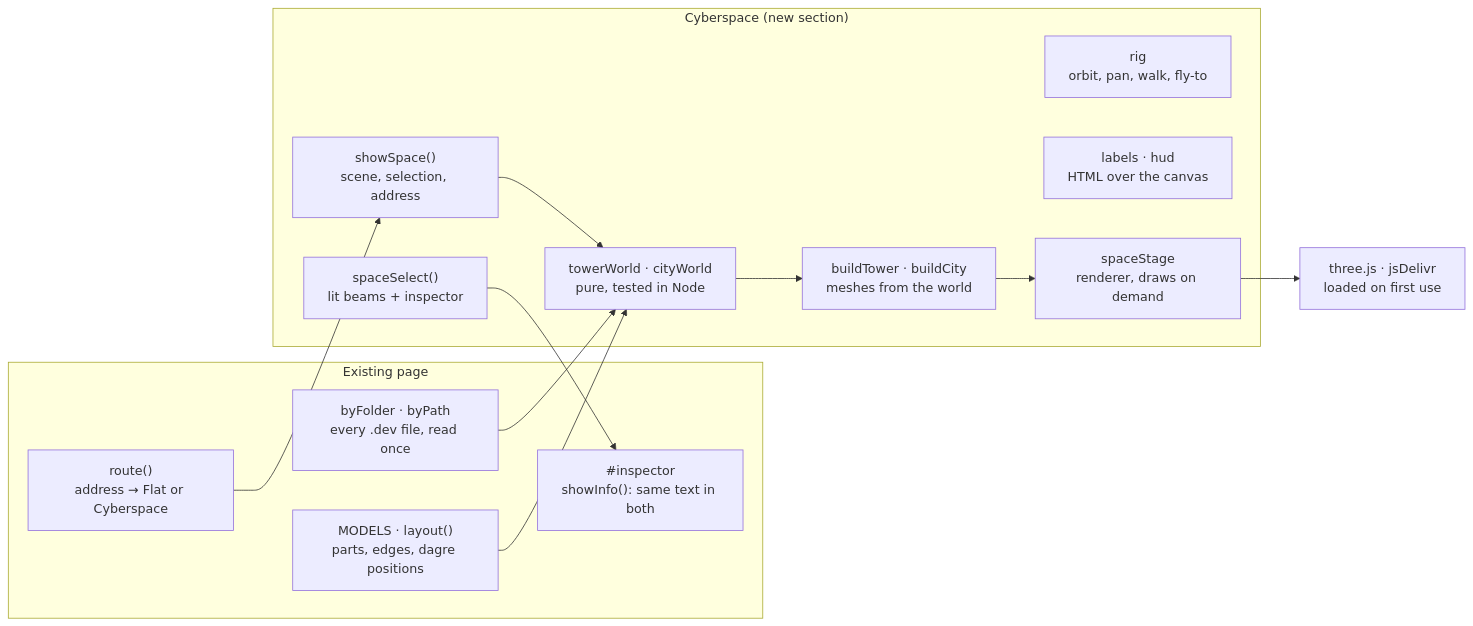
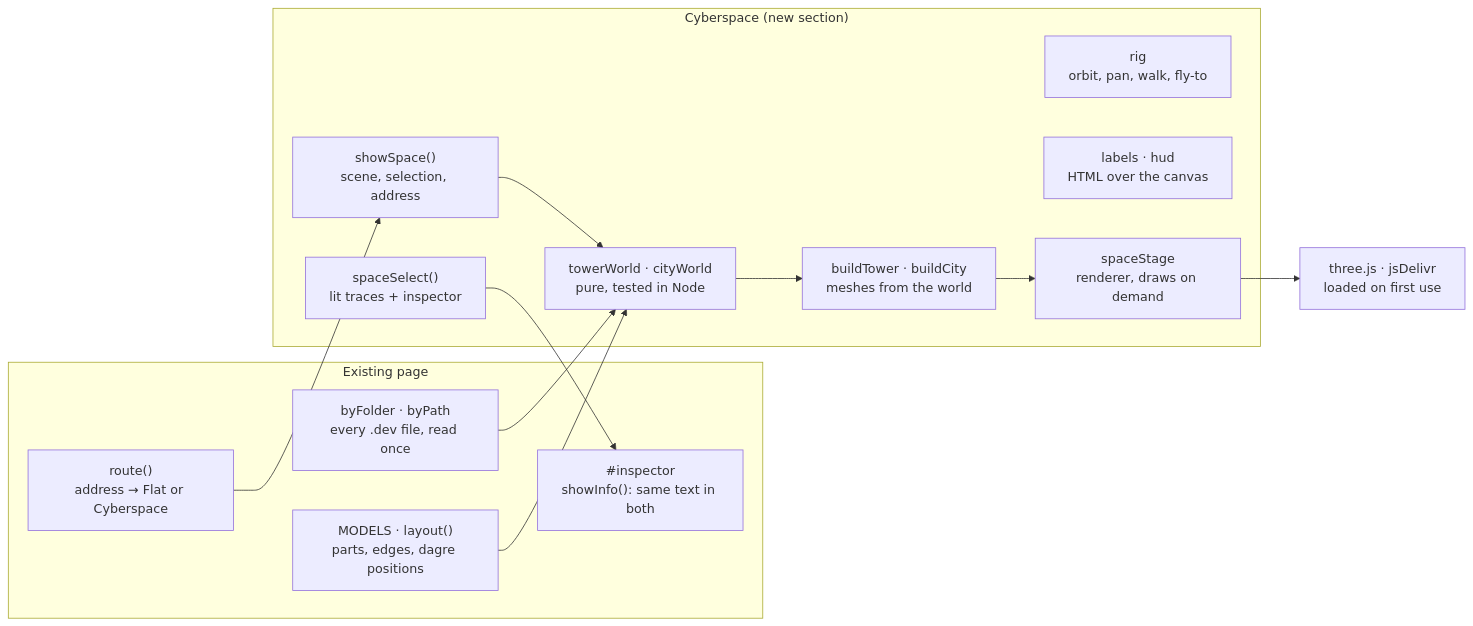
One commit to david-brandt-the-icelander/cyberspace-explorer changed the diagram in docs/cyberspace-mode-spec.md. Above: the diagram before and after it, drawn with Mermaid. The commit also changed other lines of this file and 20 other files, not shown here.

````diff
--- a/docs/cyberspace-mode-spec.md
+++ b/docs/cyberspace-mode-spec.md
@@ -61,24 +62,24 @@
 ```mermaid
 flowchart LR
   subgraph page["Existing page"]
     route["route()<br/>address → Flat or Cyberspace"]
     byFolder["byFolder · byPath<br/>every .dev file, read once"]
     models["MODELS · layout()<br/>parts, edges, dagre positions"]
     inspector["#inspector<br/>showInfo(): same text in both"]
   end
   subgraph space["Cyberspace (new section)"]
     showSpace["showSpace()<br/>scene, selection, address"]
     rig["rig<br/>orbit, pan, walk, fly-to"]
     worlds["towerWorld · cityWorld<br/>pure, tested in Node"]
     hud["labels · hud<br/>HTML over the canvas"]
     builders["buildTower · buildCity<br/>meshes from the world"]
     stage["spaceStage<br/>renderer, draws on demand"]
-    sel["spaceSelect()<br/>lit beams + inspector"]
+    sel["spaceSelect()<br/>lit traces + inspector"]
   end
   three["three.js · jsDelivr<br/>loaded on first use"]
   route --> showSpace
   byFolder --> worlds
   models --> worlds
   showSpace --> worlds --> builders --> stage --> three
   sel --> inspector
 ```
````
